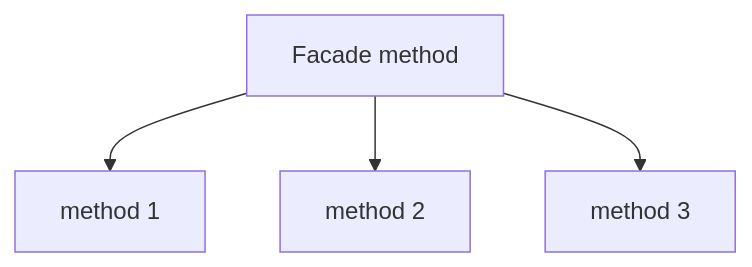
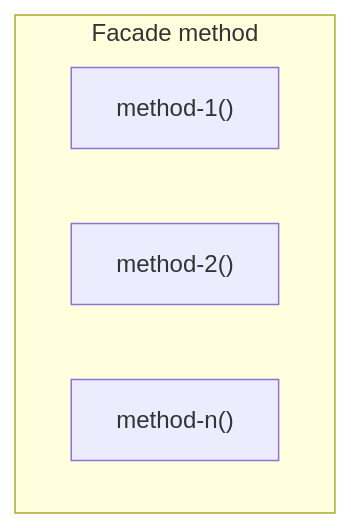
Before and after one commit to dosandk/vanila-js-online-store: the diagram in patterns/facade.md, drawn with Mermaid. The commit also changed other lines of this file and 3 other files, not shown here.

Commit message:
Update patterns diagrams, add examples

````diff
--- a/patterns/facade.md
+++ b/patterns/facade.md
@@ -3,6 +3,8 @@
 ```mermaid
 flowchart TB
-  A[Facade method] --> B[method 1]
-  A --> C[method 2]
-  A --> D[method 3]
+  subgraph D[Facade method]
+    A["method-1()"]
+    B["method-2()"]
+    C["method-n()"]
+  end
 ```
````
